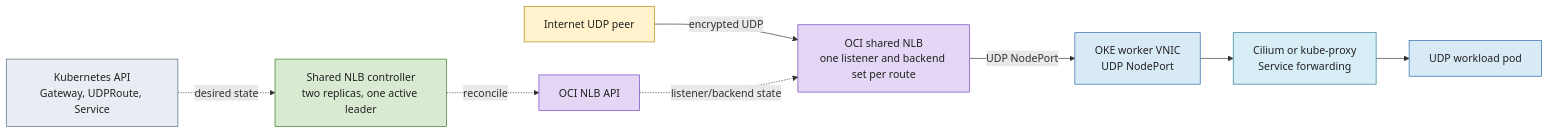
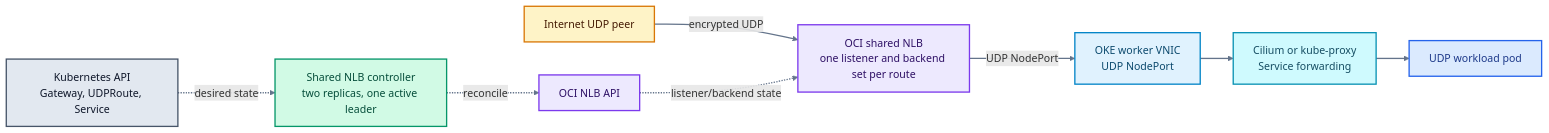
Before and after one commit to RyanHelferich/oci-shared-nlb-gateway-controller: the first of 2 diagrams in README.md, drawn with Mermaid. The commit also changed other lines of this file, not shown here.

Commit message:
Improve architecture diagram contrast

````diff
--- a/README.md
+++ b/README.md
@@ -41,24 +41,25 @@
 ```mermaid
 flowchart LR
   peer[Internet UDP peer]:::external
   nlb[OCI shared NLB<br/>one listener and backend set per route]:::oci
   worker[OKE worker VNIC<br/>UDP NodePort]:::oke
   dataplane[Cilium or kube-proxy<br/>Service forwarding]:::network
   pod[UDP workload pod]:::workload
   api[Kubernetes API<br/>Gateway, UDPRoute, Service]:::k8s
   ctl[Shared NLB controller<br/>two replicas, one active leader]:::controller
   ociapi[OCI NLB API]:::oci
 
   peer -->|encrypted UDP| nlb -->|UDP NodePort| worker --> dataplane --> pod
   api -. desired state .-> ctl
   ctl -. reconcile .-> ociapi
   ociapi -. listener/backend state .-> nlb
 
-  classDef external fill:#fff2cc,stroke:#b8860b,color:#222;
-  classDef oci fill:#e4d7f5,stroke:#6f42c1,color:#222;
-  classDef oke fill:#d9eaf7,stroke:#2563a6,color:#222;
-  classDef network fill:#d7eef7,stroke:#247a91,color:#222;
-  classDef workload fill:#d9eaf7,stroke:#2563a6,color:#222;
-  classDef k8s fill:#e8edf3,stroke:#526579,color:#222;
-  classDef controller fill:#d9ead3,stroke:#38761d,color:#222;
+  classDef external fill:#fef3c7,stroke:#d97706,color:#451a03,stroke-width:2px;
+  classDef oci fill:#ede9fe,stroke:#7c3aed,color:#2e1065,stroke-width:2px;
+  classDef oke fill:#e0f2fe,stroke:#0284c7,color:#0c4a6e,stroke-width:2px;
+  classDef network fill:#cffafe,stroke:#0891b2,color:#164e63,stroke-width:2px;
+  classDef workload fill:#dbeafe,stroke:#2563eb,color:#1e3a8a,stroke-width:2px;
+  classDef k8s fill:#e2e8f0,stroke:#475569,color:#0f172a,stroke-width:2px;
+  classDef controller fill:#d1fae5,stroke:#059669,color:#064e3b,stroke-width:2px;
+  linkStyle default stroke:#64748b,stroke-width:2px;
 ```
````
